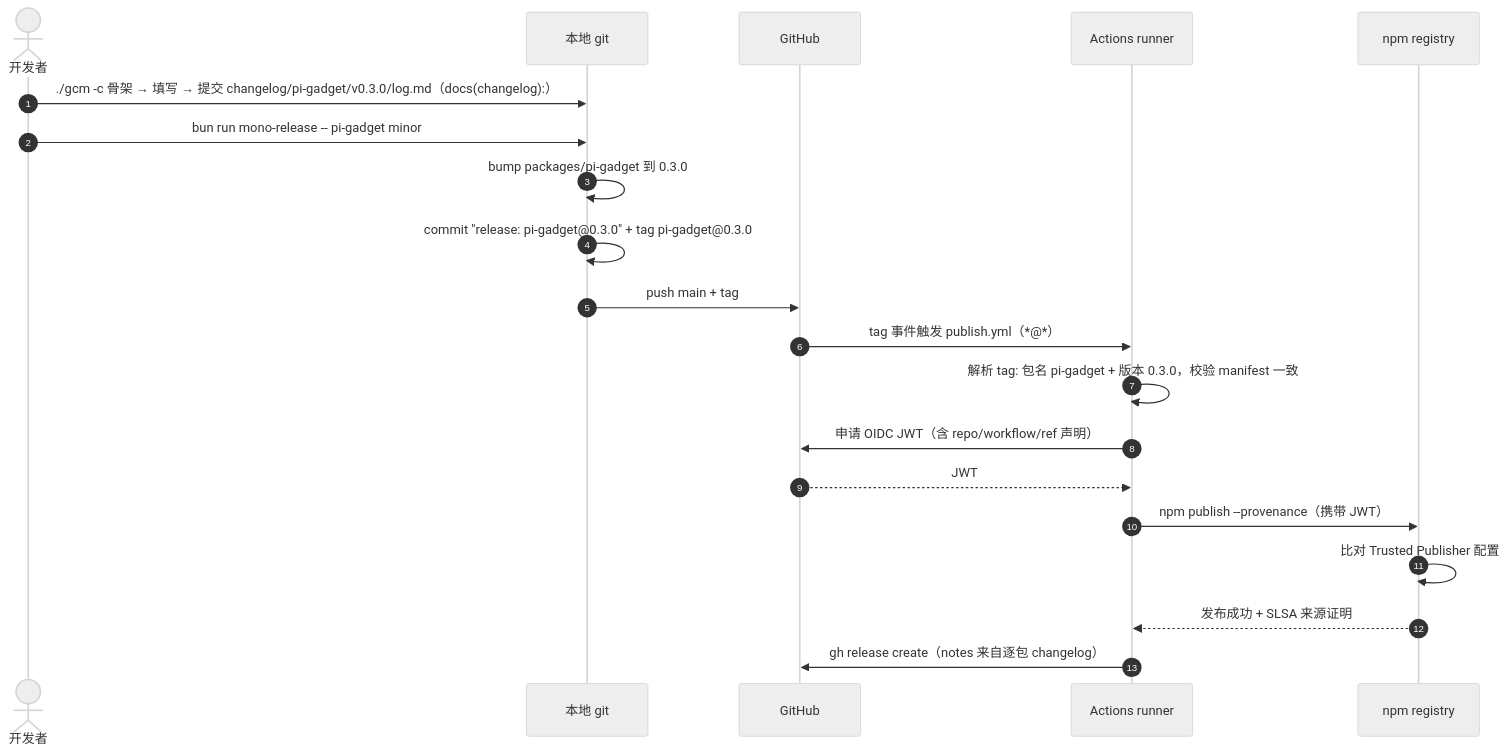
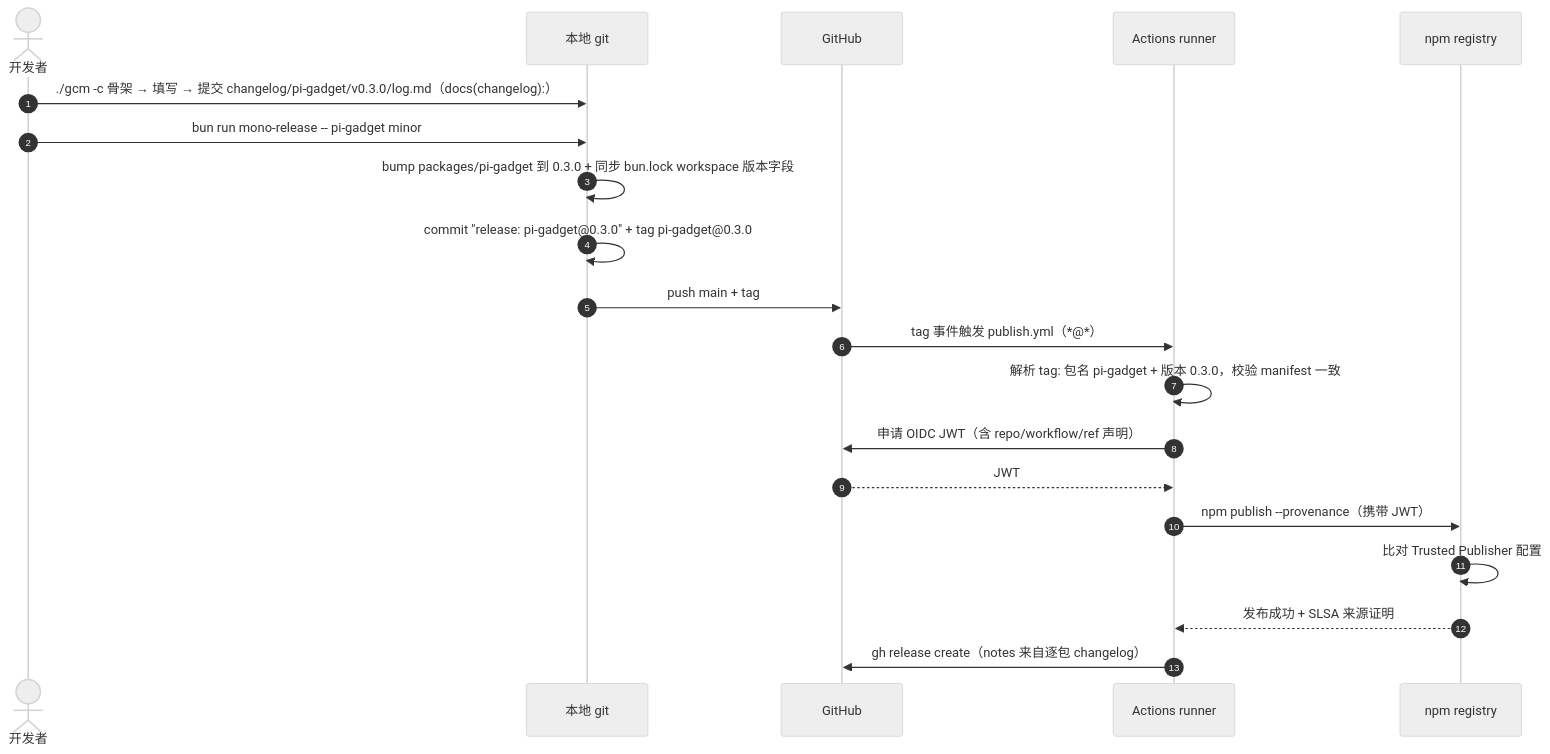
One commit to yceachan/ea-pi-extensions changed the second of 2 diagrams in docs/发行版本控制策略.md. Above: the diagram before and after it, drawn with Mermaid (neutral theme). The commit also changed other lines of this file and 5 other files, not shown here.

First line of the commit message:
fix(scripts): sync bun.lock versions in release commits

````diff
--- a/docs/发行版本控制策略.md
+++ b/docs/发行版本控制策略.md
@@ -137,23 +137,23 @@
 ```mermaid
 sequenceDiagram
   autonumber
   actor Dev as 开发者
   participant Local as 本地 git
   participant GH as GitHub
   participant CI as Actions runner
   participant NPM as npm registry
 
   Dev->>Local: ./gcm -c 骨架 → 填写 → 提交 changelog/pi-gadget/v0.3.0/log.md（docs(changelog):）
   Dev->>Local: bun run mono-release -- pi-gadget minor
-  Local->>Local: bump packages/pi-gadget 到 0.3.0
+  Local->>Local: bump packages/pi-gadget 到 0.3.0 + 同步 bun.lock workspace 版本字段
   Local->>Local: commit "release: pi-gadget@0.3.0" + tag pi-gadget@0.3.0
   Local->>GH: push main + tag
   GH->>CI: tag 事件触发 publish.yml（*@*）
   CI->>CI: 解析 tag: 包名 pi-gadget + 版本 0.3.0，校验 manifest 一致
   CI->>GH: 申请 OIDC JWT（含 repo/workflow/ref 声明）
   GH-->>CI: JWT
   CI->>NPM: npm publish --provenance（携带 JWT）
   NPM->>NPM: 比对 Trusted Publisher 配置
   NPM-->>CI: 发布成功 + SLSA 来源证明
   CI->>GH: gh release create（notes 来自逐包 changelog）
 ```
````
